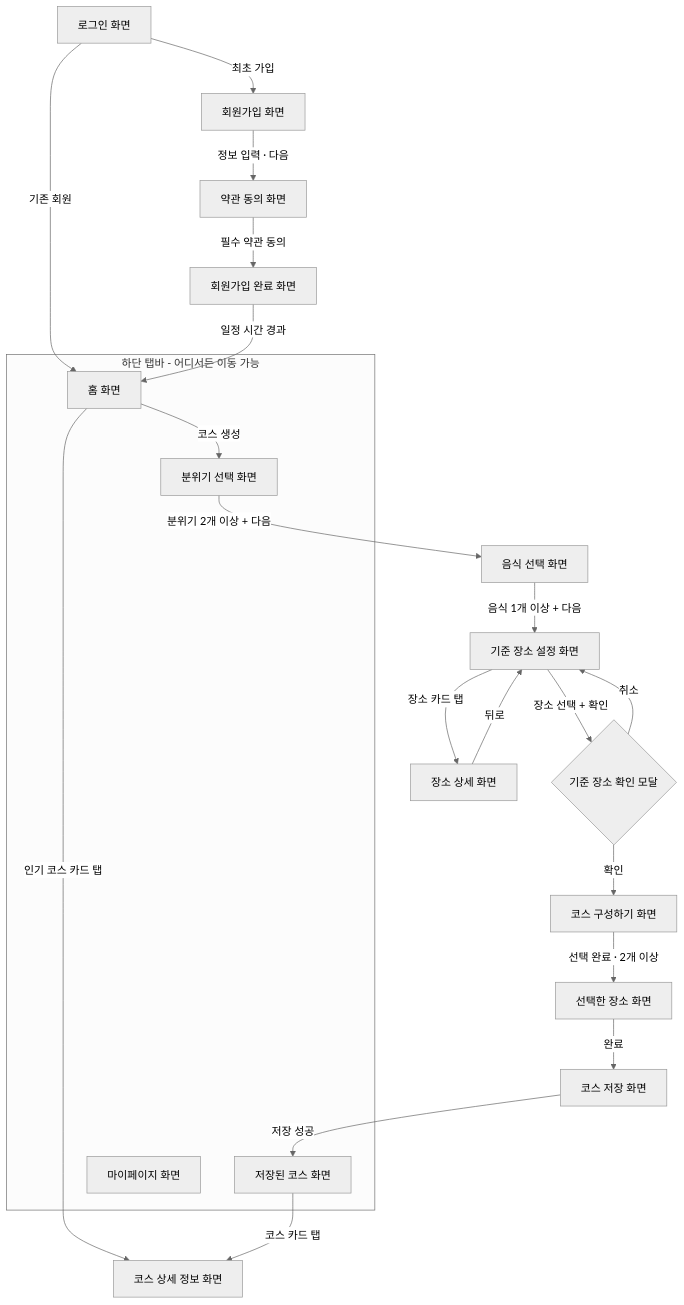
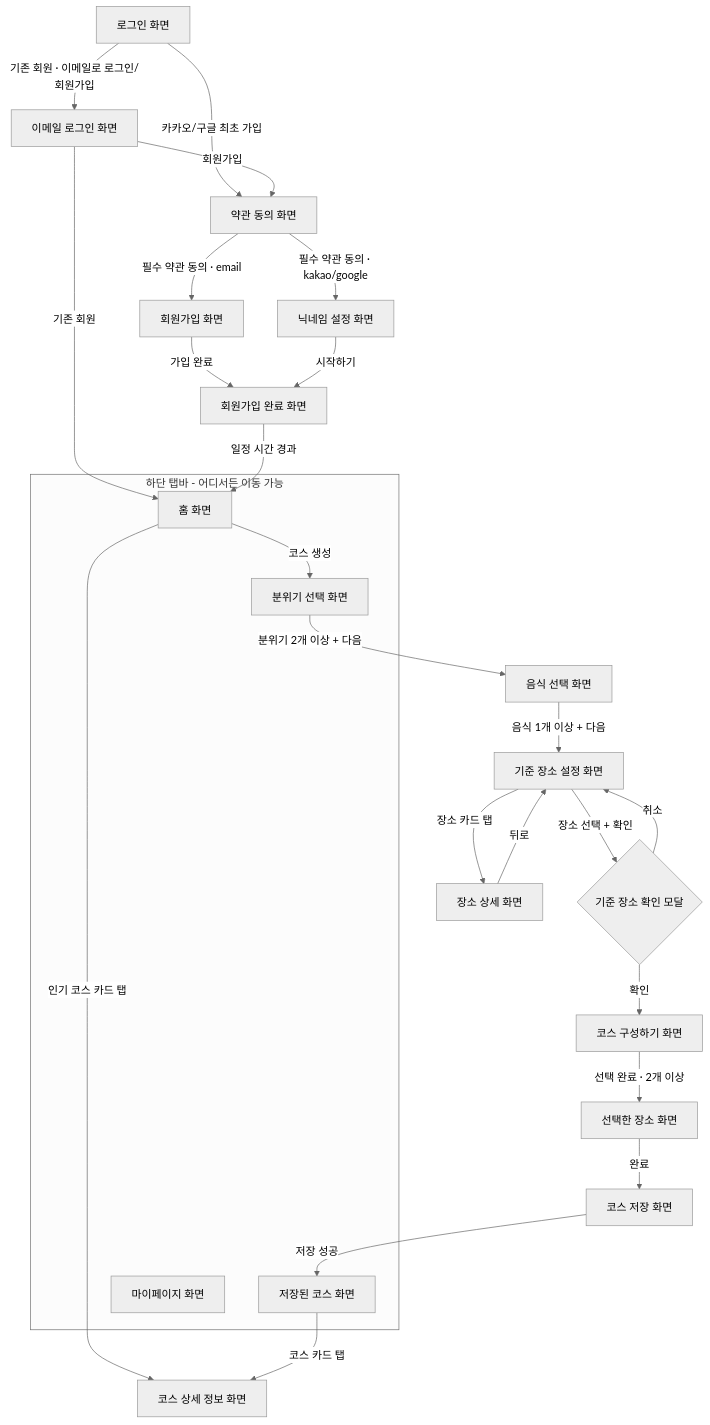
The diagram in README.md (UMC-TODAIT/TODAIT_AOS), drawn with Mermaid (neutral theme) before and after one commit. The commit also changed other lines of this file and 10 other files, not shown here.

````diff
--- a/README.md
+++ b/README.md
@@ -131,30 +131,34 @@
 ```mermaid
 flowchart TD
-    Login[로그인 화면] -->|최초 가입| Signup[회원가입 화면]
-    Login -->|기존 회원| Home[홈 화면]
-    Signup -->|정보 입력 · 다음| Terms[약관 동의 화면]
-    Terms -->|필수 약관 동의| SignupComplete[회원가입 완료 화면]
+    Login[로그인 화면] -->|카카오/구글 최초 가입| Terms[약관 동의 화면]
+    Login -->|기존 회원 · 이메일로 로그인/회원가입| EmailLogin[이메일 로그인 화면]
+    EmailLogin -->|기존 회원| Home[홈 화면]
+    EmailLogin -->|회원가입| Terms
+    Terms -->|필수 약관 동의 · email| Signup[회원가입 화면]
+    Terms -->|필수 약관 동의 · kakao/google| SocialNickname[닉네임 설정 화면]
+    Signup -->|가입 완료| SignupComplete[회원가입 완료 화면]
+    SocialNickname -->|시작하기| SignupComplete
     SignupComplete -->|일정 시간 경과| Home
 
     Home -->|코스 생성| Mood[분위기 선택 화면]
     Home -->|인기 코스 카드 탭| CourseDetail[코스 상세 정보 화면]
 
     Mood -->|분위기 2개 이상 + 다음| Food[음식 선택 화면]
     Food -->|음식 1개 이상 + 다음| BasePlace[기준 장소 설정 화면]
     BasePlace -->|장소 카드 탭| PlaceDetail[장소 상세 화면]
     PlaceDetail -->|뒤로| BasePlace
     BasePlace -->|장소 선택 + 확인| Confirm{기준 장소 확인 모달}
     Confirm -->|확인| Compose[코스 구성하기 화면]
     Confirm -->|취소| BasePlace
     Compose -->|선택 완료 · 2개 이상| Selected[선택한 장소 화면]
     Selected -->|완료| Save[코스 저장 화면]
     Save -->|저장 성공| Saved[저장된 코스 화면]
     Saved -->|코스 카드 탭| CourseDetail
 
     subgraph BottomTab[하단 탭바 - 어디서든 이동 가능]
         Home
         Mood
         Saved
         MyPage[마이페이지 화면]
     end
 ```
````
